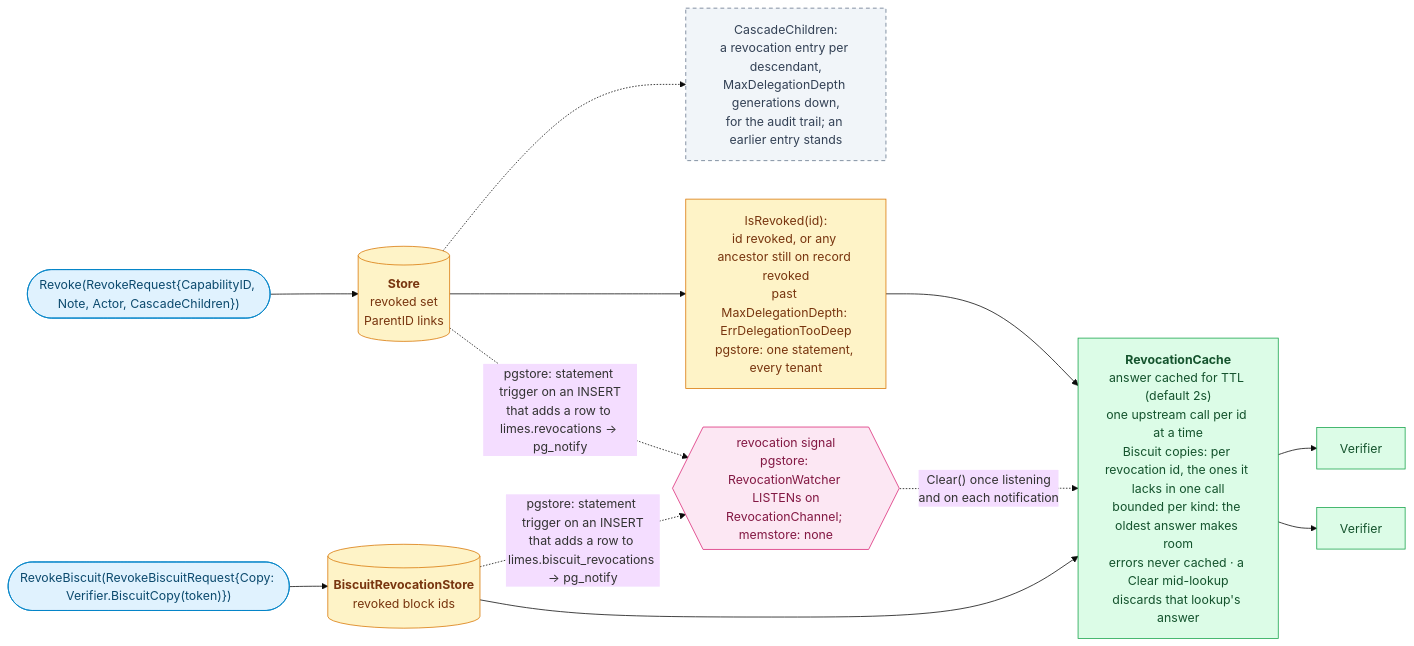
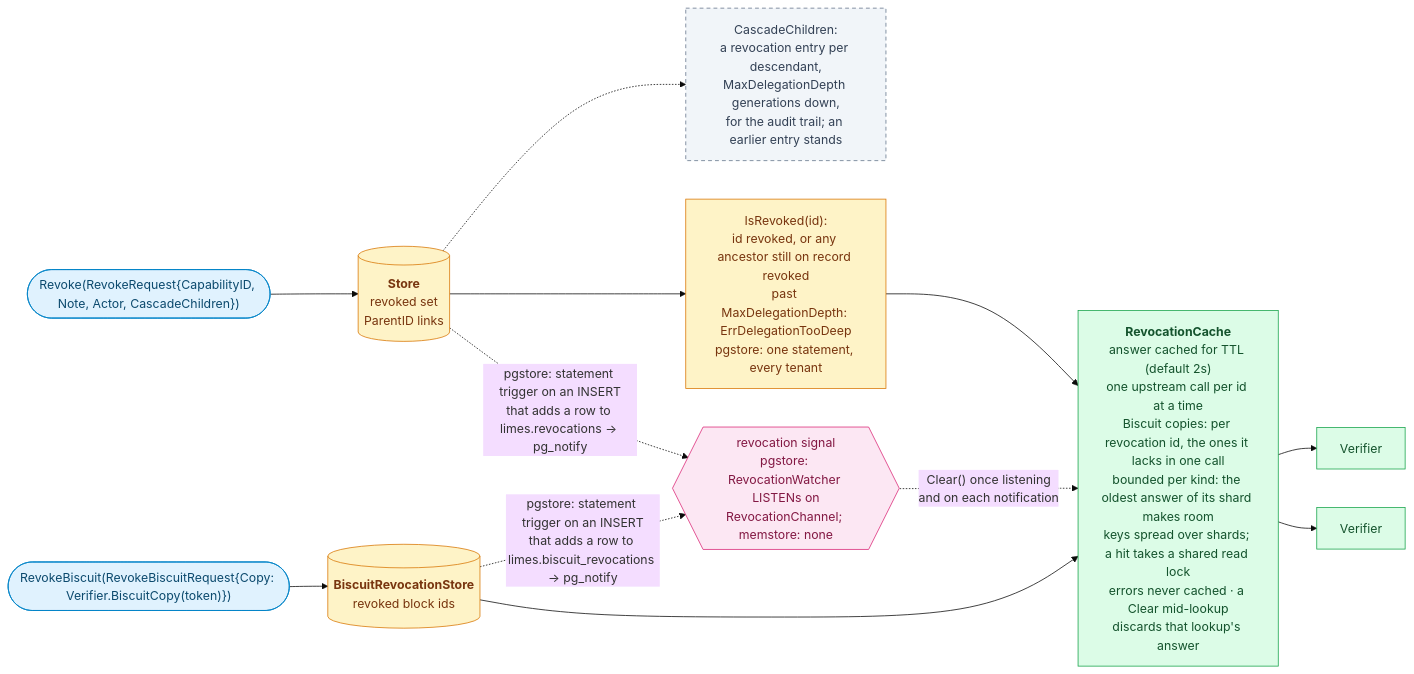
Before and after one commit to oleg-tkachuk/limes: diagram 11 of 13 in docs/diagrams.md, drawn with Mermaid (base theme). The commit also changed other lines of this file and 3 other files, not shown here.

Commit message:
docs: bring the guide, diagrams, README and CONTRIBUTING up to the latest facts

````diff
--- a/docs/diagrams.md
+++ b/docs/diagrams.md
@@ -866,34 +874,34 @@
 ```mermaid
 flowchart LR
     op(["Revoke(RevokeRequest{CapabilityID, Note, Actor, CascadeChildren})"])
     store[("<b>Store</b><br/>revoked set<br/>ParentID links")]
     cascade["CascadeChildren:<br/>a revocation entry per descendant,<br/>MaxDelegationDepth generations down,<br/>for the audit trail; an earlier entry stands"]
     chain["IsRevoked(id):<br/>id revoked, or any ancestor still on record revoked<br/>past MaxDelegationDepth: ErrDelegationTooDeep<br/>pgstore: one statement, every tenant"]
-    cache["<b>RevocationCache</b><br/>answer cached for TTL (default 2s)<br/>one upstream call per id at a time<br/>Biscuit copies: per revocation id, the ones it lacks in one call<br/>bounded per kind: the oldest answer makes room<br/>errors never cached · a Clear mid-lookup<br/>discards that lookup's answer"]
+    cache["<b>RevocationCache</b><br/>answer cached for TTL (default 2s)<br/>one upstream call per id at a time<br/>Biscuit copies: per revocation id, the ones it lacks in one call<br/>bounded per kind: the oldest answer of its shard makes room<br/>keys spread over shards; a hit takes a shared read lock<br/>errors never cached · a Clear mid-lookup<br/>discards that lookup's answer"]
     notify{{"revocation signal<br/>pgstore: RevocationWatcher LISTENs on<br/>RevocationChannel; memstore: none"}}
     bop(["RevokeBiscuit(RevokeBiscuitRequest{Copy: Verifier.BiscuitCopy(token)})"])
     blist[("<b>BiscuitRevocationStore</b><br/>revoked block ids")]
     v1["Verifier"]
     v2["Verifier"]
 
     op --> store
     store -.-> cascade
     store --> chain --> cache
     cache --> v1
     cache --> v2
     store -. "pgstore: statement trigger on an INSERT<br/>that adds a row to limes.revocations → pg_notify" .-> notify
     blist -. "pgstore: statement trigger on an INSERT<br/>that adds a row to limes.biscuit_revocations → pg_notify" .-> notify
     notify -. "Clear() once listening<br/>and on each notification" .-> cache
     bop --> blist --> cache
 
     classDef client fill:#E0F2FE,stroke:#0284C7,color:#0C4A6E
     classDef role fill:#DCFCE7,stroke:#16A34A,color:#14532D
     classDef optional fill:#F1F5F9,stroke:#64748B,color:#334155,stroke-dasharray:5 4
     classDef store fill:#FEF3C7,stroke:#D97706,color:#78350F
     classDef external fill:#FCE7F3,stroke:#DB2777,color:#831843
     class op,bop client
     class v1,v2,cache role
     class cascade optional
     class store,chain,blist store
     class notify external
 ```
````
